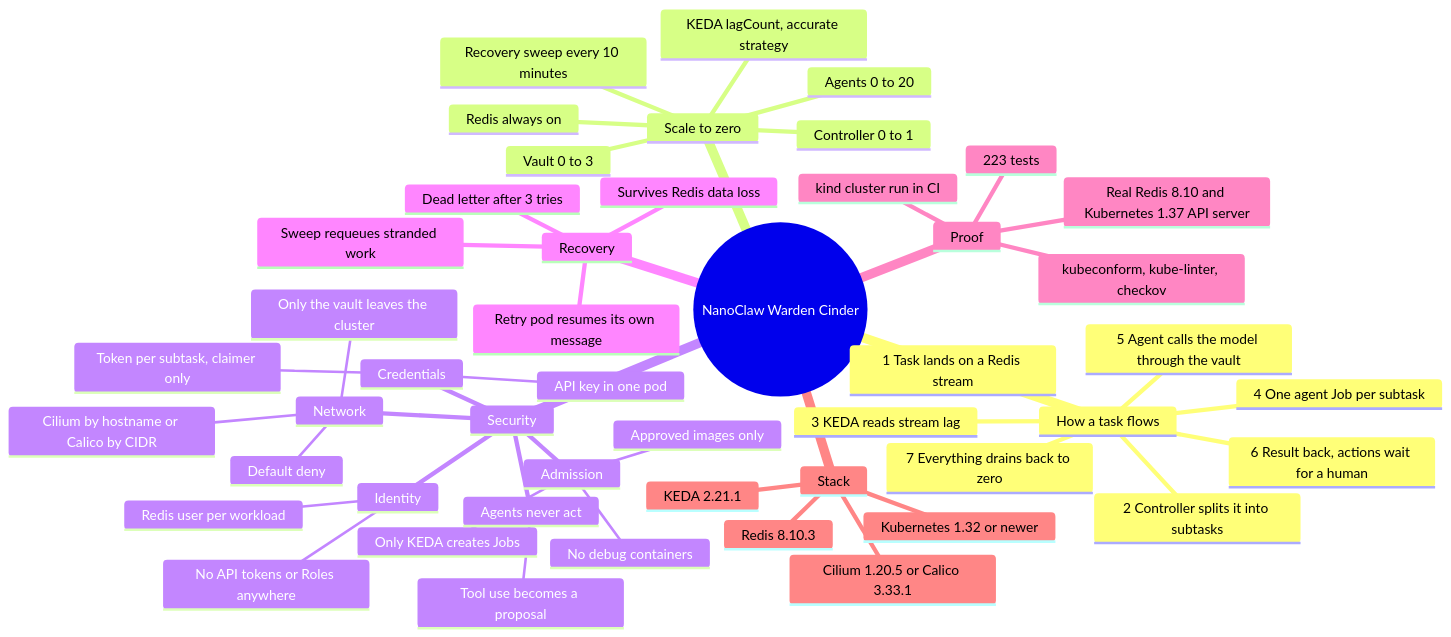
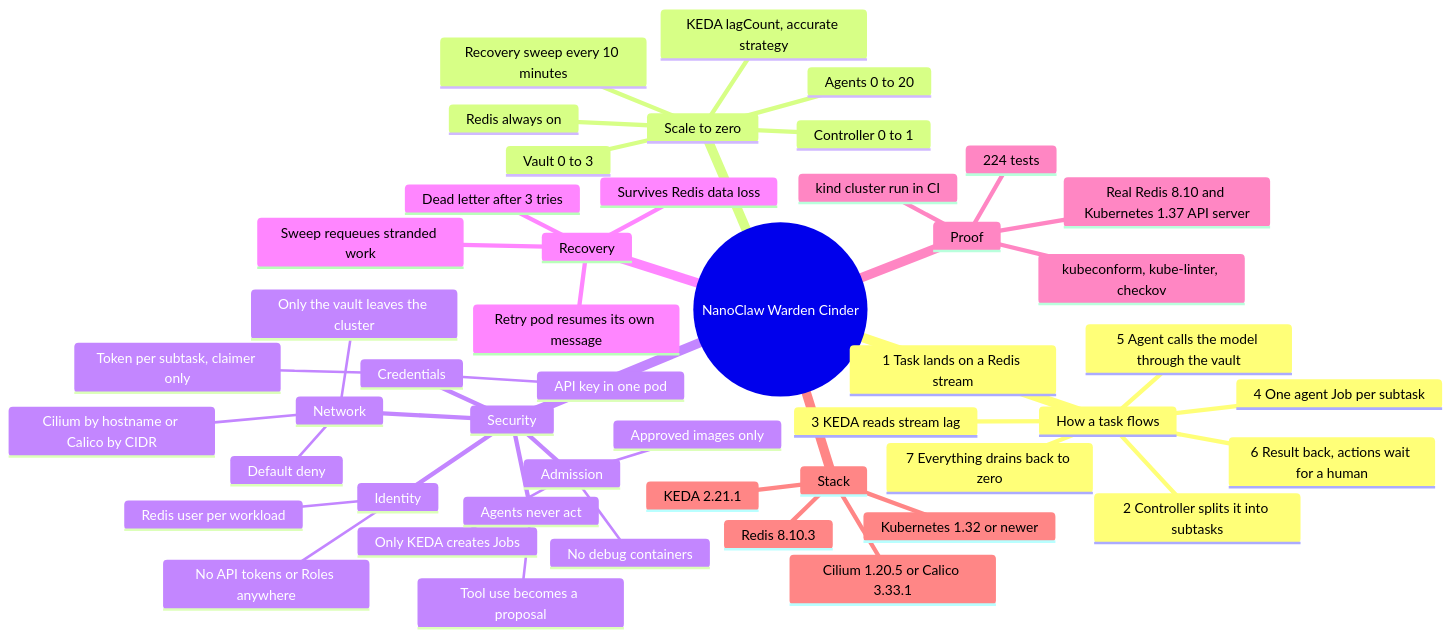
One commit to djkidnyce/nanoclaw-warden-cinder changed the diagram in docs/mindmap.mmd. Above: the diagram before and after it, drawn with Mermaid. The commit also changed 10 other files, not shown here.

```diff
--- a/docs/mindmap.mmd
+++ b/docs/mindmap.mmd
@@ -1,49 +1,49 @@
 mindmap
   root((NanoClaw Warden Cinder))
     How a task flows
       1 Task lands on a Redis stream
       2 Controller splits it into subtasks
       3 KEDA reads stream lag
       4 One agent Job per subtask
       5 Agent calls the model through the vault
       6 Result back, actions wait for a human
       7 Everything drains back to zero
     Scale to zero
       Redis always on
       Controller 0 to 1
       Agents 0 to 20
       Vault 0 to 3
       KEDA lagCount, accurate strategy
       Recovery sweep every 10 minutes
     Security
       Identity
         No API tokens or Roles anywhere
         Redis user per workload
       Network
         Default deny
         Only the vault leaves the cluster
         Cilium by hostname or Calico by CIDR
       Admission
         Only KEDA creates Jobs
         Approved images only
         No debug containers
       Credentials
         API key in one pod
         Token per subtask, claimer only
       Agents never act
         Tool use becomes a proposal
     Recovery
       Retry pod resumes its own message
       Sweep requeues stranded work
       Dead letter after 3 tries
       Survives Redis data loss
     Proof
-      223 tests
+      224 tests
       Real Redis 8.10 and Kubernetes 1.37 API server
       kind cluster run in CI
       kubeconform, kube-linter, checkov
     Stack
       KEDA 2.21.1
       Cilium 1.20.5 or Calico 3.33.1
       Redis 8.10.3
       Kubernetes 1.32 or newer
```
